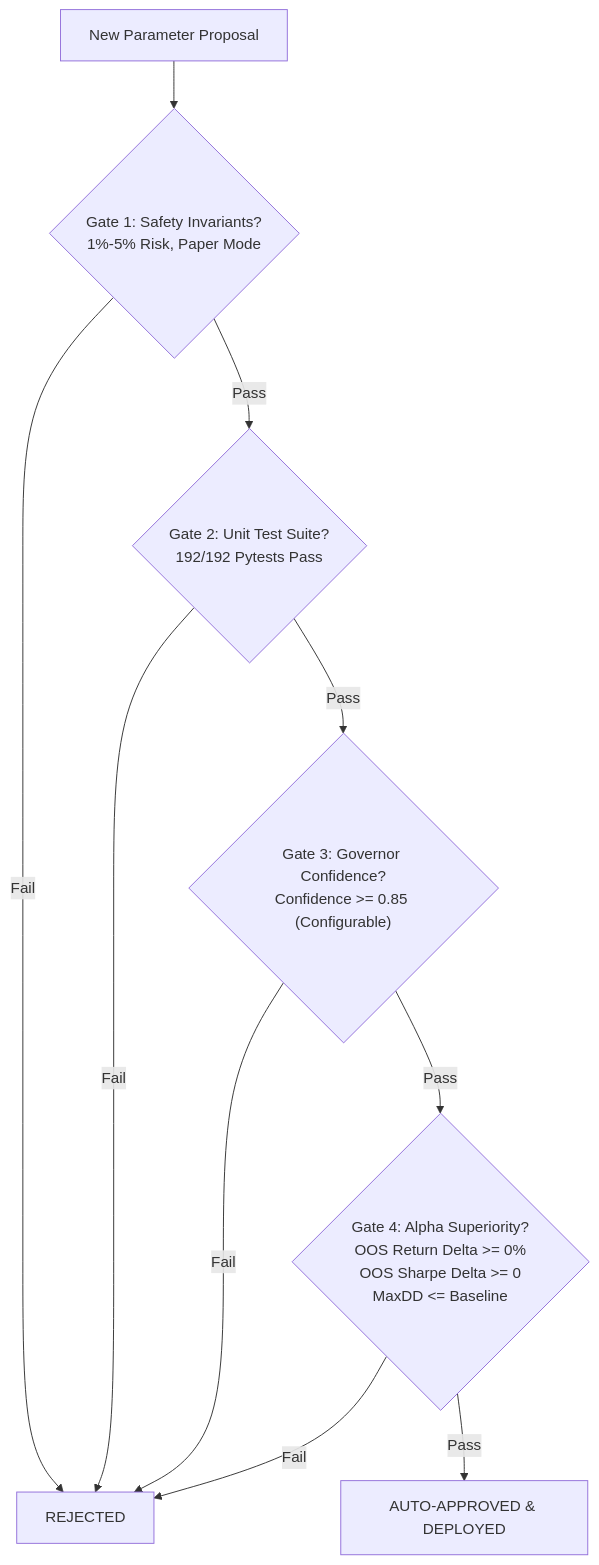
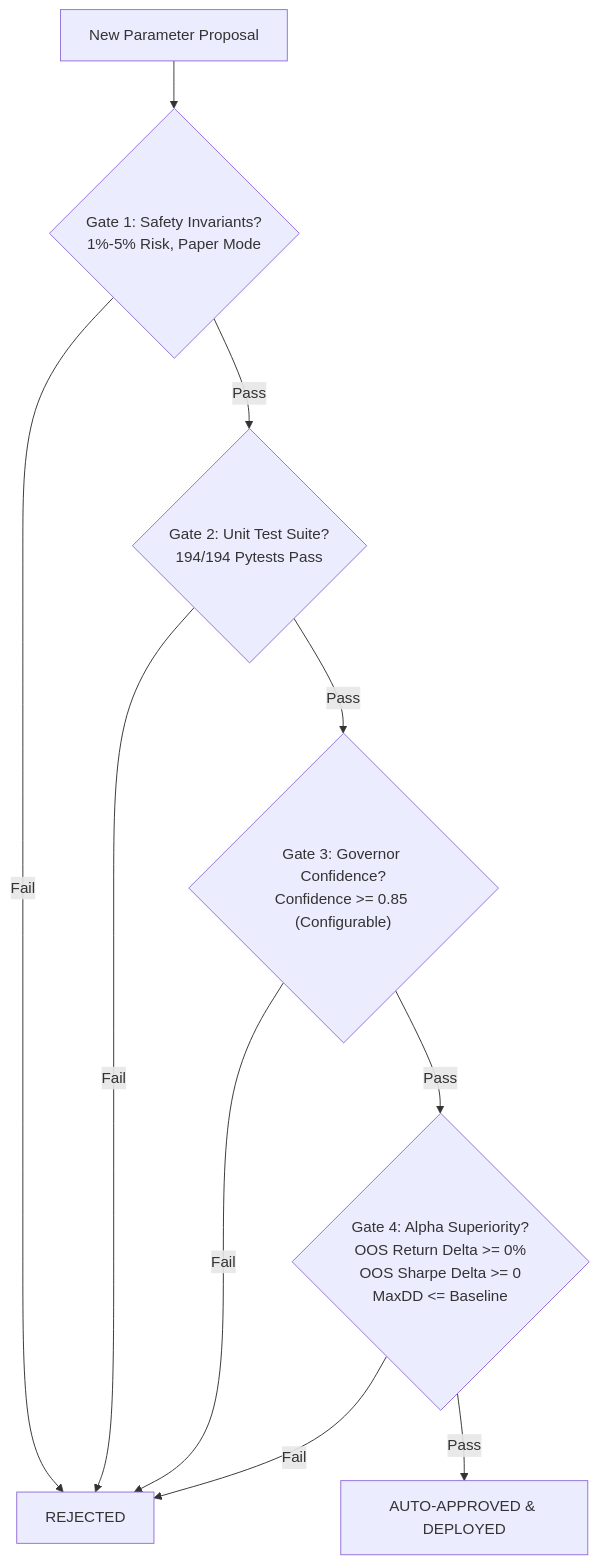
One commit to iShmuel/web4-trading-agent changed the fourth of 5 diagrams in docs/SYSTEM_WALKTHROUGH.md. Above: the diagram before and after it, drawn with Mermaid. The commit also changed other lines of this file and 8 other files, not shown here.

````diff
--- a/docs/SYSTEM_WALKTHROUGH.md
+++ b/docs/SYSTEM_WALKTHROUGH.md
@@ -359,12 +359,12 @@
 ```mermaid
 flowchart TD
     Candidate["New Parameter Proposal"] --> G1{"Gate 1: Safety Invariants?<br/>1%-5% Risk, Paper Mode"}
     G1 -- Fail --> Reject["REJECTED"]
-    G1 -- Pass --> G2{"Gate 2: Unit Test Suite?<br/>192/192 Pytests Pass"}
+    G1 -- Pass --> G2{"Gate 2: Unit Test Suite?<br/>194/194 Pytests Pass"}
     G2 -- Fail --> Reject
     G2 -- Pass --> G3{"Gate 3: Governor Confidence?<br/>Confidence >= 0.85 (Configurable)"}
     G3 -- Fail --> Reject
     G3 -- Pass --> G4{"Gate 4: Alpha Superiority?<br/>OOS Return Delta >= 0%<br/>OOS Sharpe Delta >= 0<br/>MaxDD <= Baseline"}
     G4 -- Fail --> Reject
     G4 -- Pass --> Deploy["AUTO-APPROVED & DEPLOYED"]
 ```
````
